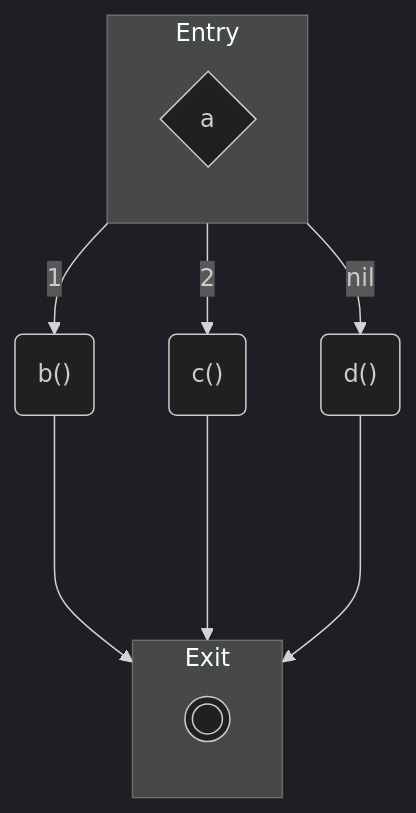
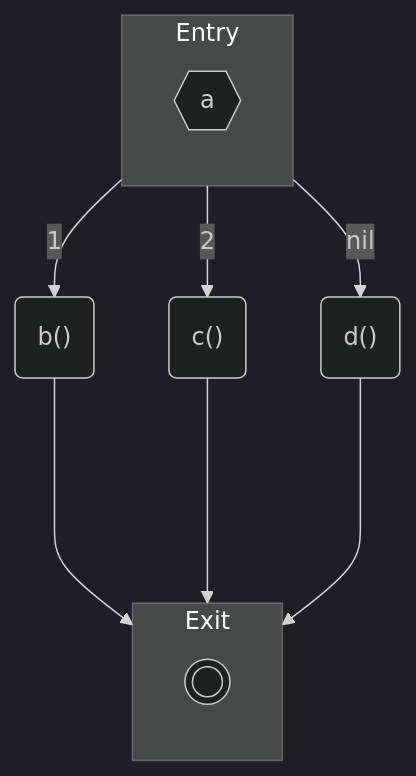
Before and after one commit to moosetechnology/moosetechnology.github.io: the fifth of 12 diagrams in src/content/docs/developers/fast-cfg.mdx, drawn with Mermaid (dark theme). The commit also changed other lines of this file and 1 other file, not shown here.

Commit message:
Update graphs to be more explicit

````diff
--- a/src/content/docs/developers/fast-cfg.mdx
+++ b/src/content/docs/developers/fast-cfg.mdx
@@ -323,27 +333,25 @@
 ```mermaid
 flowchart TD
 	subgraph Entry
 		direction TB
-		79900672
+		1
 	end
 
-
-subgraph Exit
+	subgraph Exit
 		direction TB
-		1008715264
+		5
 	end
 
-
-79900672{"a "}
-	79900672 -- 1 --> 716809984
-	79900672 -- 2 --> 45093632
-	79900672 -- nil --> 904182784
-	716809984("b() ")
-	716809984 ----> 1008715264
-	1008715264(((" ")))
-	45093632("c() ")
-	45093632 ----> 1008715264
-	904182784("d() ")
-	904182784 ----> 1008715264
+	1{{"a "}}
+	2("b() ")
+	3("c() ")
+	4("d() ")
+	5(((" ")))
+	1 -- 1 --> 2
+	1 -- 2 --> 3
+	1 -- nil --> 4
+	2 ----> 5
+	3 ----> 5
+	4 ----> 5
 	
 ```
````
